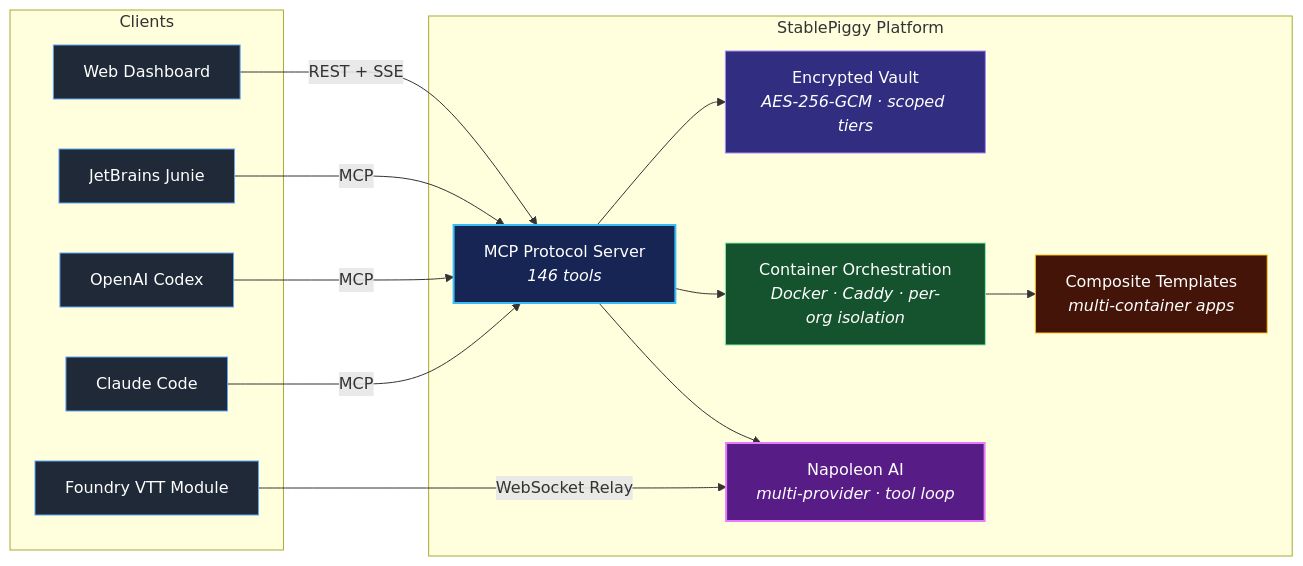
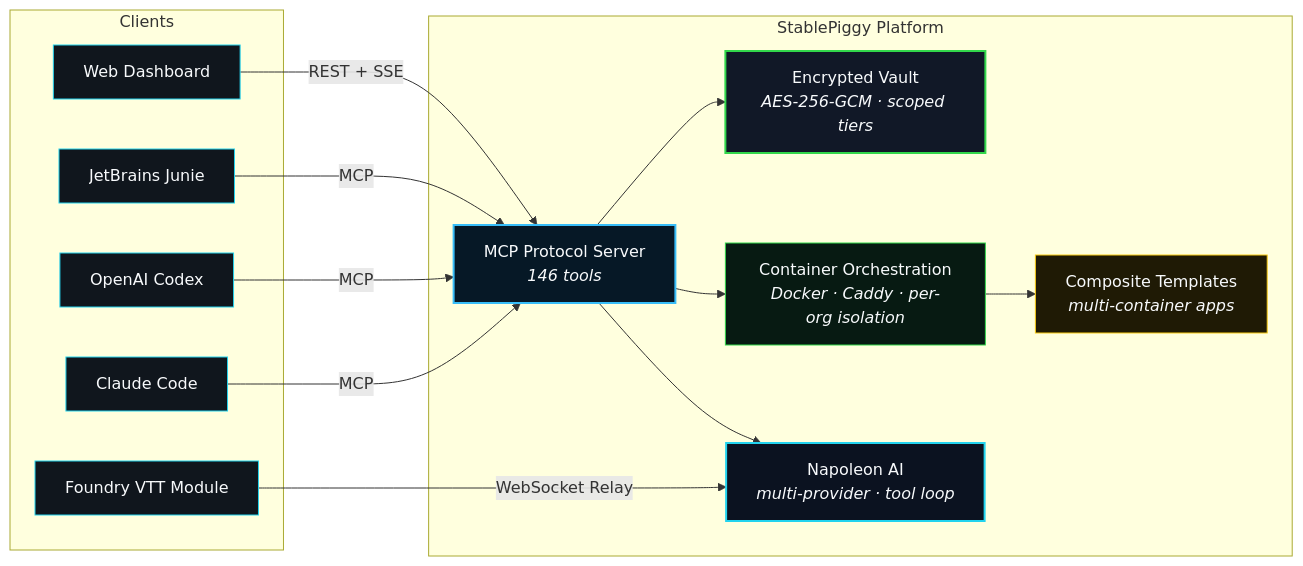
The first of 2 diagrams in README.md (savevsgames/savevsgames), drawn with Mermaid before and after one commit. The commit also changed other lines of this file, not shown here.

First line of the commit message:
Refactor class styles and enhance mermaid diagram

````diff
--- a/README.md
+++ b/README.md
@@ -39,43 +39,43 @@
 ```mermaid
 graph LR
     subgraph Clients["Clients"]
         Dashboard["Web Dashboard"]
         Junie["JetBrains Junie"]
         Codex["OpenAI Codex"]
         Claude["Claude Code"]
         Foundry["Foundry VTT Module"]
     end
 
     subgraph Platform["StablePiggy Platform"]
         MCP["MCP Protocol Server<br/><em>146 tools</em>"]
         Vault["Encrypted Vault<br/><em>AES-256-GCM · scoped tiers</em>"]
         Containers["Container Orchestration<br/><em>Docker · Caddy · per-org isolation</em>"]
         Bundles["Composite Templates<br/><em>multi-container apps</em>"]
         Napoleon["Napoleon AI<br/><em>multi-provider · tool loop</em>"]
     end
 
     Dashboard -->|REST + SSE| MCP
     Junie -->|MCP| MCP
     Codex -->|MCP| MCP
     Claude -->|MCP| MCP
     Foundry -->|WebSocket Relay| Napoleon
 
     MCP --> Vault
     MCP --> Containers
     MCP --> Napoleon
     Containers --> Bundles
 
     class Dashboard,Junie,Codex,Claude,Foundry client;
     class MCP core;
     class Vault secure;
     class Containers infra;
     class Bundles app;
     class Napoleon ai;
 
-    classDef client fill:#1f2937,stroke:#60a5fa,color:#ffffff,stroke-width:1px;
-    classDef core fill:#172554,stroke:#38bdf8,color:#ffffff,stroke-width:2px;
-    classDef secure fill:#312e81,stroke:#a78bfa,color:#ffffff,stroke-width:1px;
-    classDef infra fill:#14532d,stroke:#86efac,color:#ffffff,stroke-width:1px;
-    classDef app fill:#431407,stroke:#fbbf24,color:#ffffff,stroke-width:1px;
-    classDef ai fill:#581c87,stroke:#e879f9,color:#ffffff,stroke-width:2px;
+    classDef client fill:#10161d,stroke:#22d3ee,color:#f8fafc,stroke-width:1px;
+    classDef core fill:#061826,stroke:#38bdf8,color:#f8fafc,stroke-width:2px;
+    classDef secure fill:#111827,stroke:#32d74b,color:#f8fafc,stroke-width:2px;
+    classDef infra fill:#071a12,stroke:#32d74b,color:#f8fafc,stroke-width:1px;
+    classDef app fill:#1f1a05,stroke:#facc15,color:#f8fafc,stroke-width:1px;
+    classDef ai fill:#0b1220,stroke:#22d3ee,color:#f8fafc,stroke-width:2px;
 ```
````
